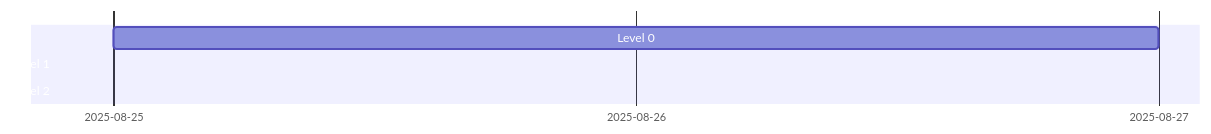
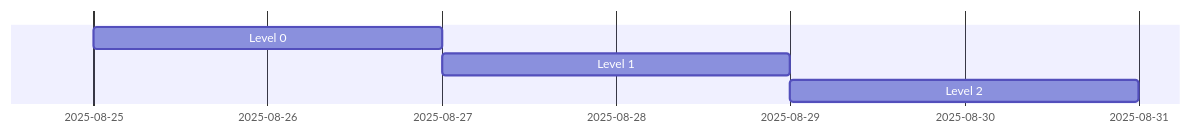
One commit to fhnw-imvs/fhnw-ipro-indoor-climate changed the diagram in level-0/README.md. Above: the diagram before and after it, drawn with Mermaid.

````diff
--- a/level-0/README.md
+++ b/level-0/README.md
@@ -2,8 +2,8 @@
 ```mermaid
 gantt
     dateFormat YYYY-MM-DD
     tickInterval 1day
     Level 0 :t0, 2025-08-25, 2d
-    Level 1 :t1, after t2, 2d
+    Level 1 :t1, after t0, 2d
     Level 2 :t2, after t1, 2d
 ```
````
